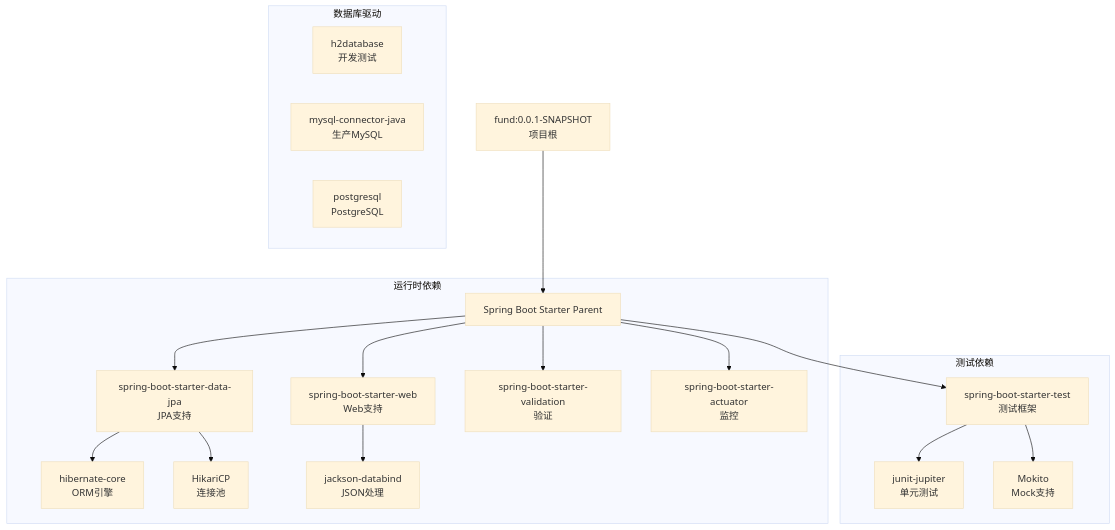
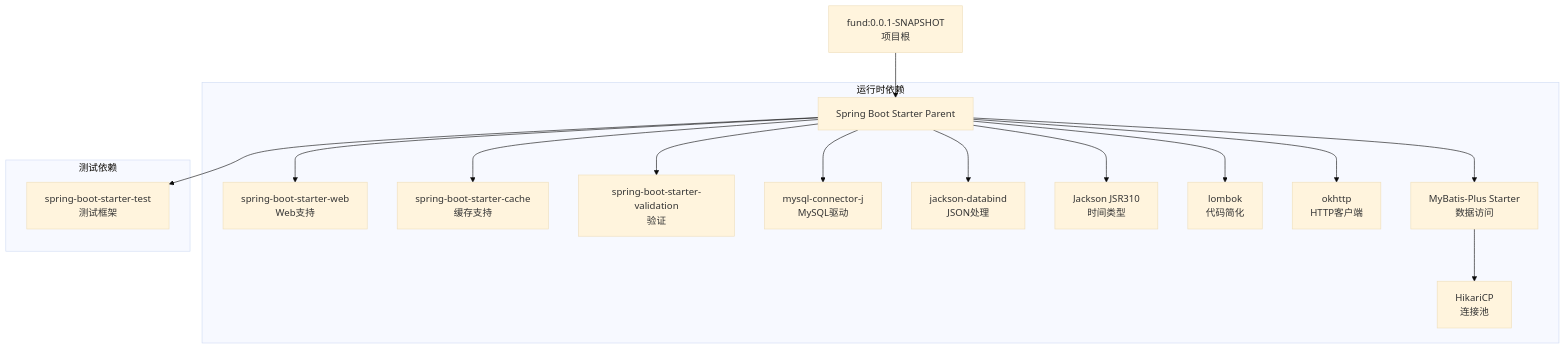
One commit to gree-coder/fund-butler changed the sixth of 9 diagrams in .qoder/repowiki/zh/content/核心功能开发/数据库集成.md. Above: the diagram before and after it, drawn with Mermaid (base theme). The commit also changed other lines of this file and 10 other files, not shown here.

````diff
--- a/.qoder/repowiki/zh/content/核心功能开发/数据库集成.md
+++ b/.qoder/repowiki/zh/content/核心功能开发/数据库集成.md
@@ -306,23 +369,19 @@
 ```mermaid
 graph TB
 ROOT[fund:0.0.1-SNAPSHOT<br/>项目根] --> BOOT[Spring Boot Starter Parent]
 subgraph "运行时依赖"
 BOOT --> WEB[spring-boot-starter-web<br/>Web支持]
-BOOT --> DATA_JPA[spring-boot-starter-data-jpa<br/>JPA支持]
+BOOT --> CACHE[spring-boot-starter-cache<br/>缓存支持]
 BOOT --> VALIDATION[spring-boot-starter-validation<br/>验证]
-BOOT --> ACTUATOR[spring-boot-starter-actuator<br/>监控]
-DATA_JPA --> HIBERNATE[hibernate-core<br/>ORM引擎]
-DATA_JPA --> HIKARI[HikariCP<br/>连接池]
-WEB --> JACKSON[jackson-databind<br/>JSON处理]
+BOOT --> MYSQL[mysql-connector-j<br/>MySQL驱动]
+BOOT --> JACKSON[jackson-databind<br/>JSON处理]
+BOOT --> JACKSON_JS[Jackson JSR310<br/>时间类型]
+BOOT --> LOMBOK[lombok<br/>代码简化]
+BOOT --> OKHTTP[okhttp<br/>HTTP客户端]
+BOOT --> MP[MyBatis-Plus Starter<br/>数据访问]
+MP --> HIKARI[HikariCP<br/>连接池]
 end
 subgraph "测试依赖"
 BOOT --> TEST[spring-boot-starter-test<br/>测试框架]
-TEST --> JUNIT[junit-jupiter<br/>单元测试]
-TEST --> MOCK[Mokito<br/>Mock支持]
-end
-subgraph "数据库驱动"
-H2[h2database<br/>开发测试]
-MYSQL[mysql-connector-java<br/>生产MySQL]
-POSTGRES[postgresql<br/>PostgreSQL]
 end
 ```
````
